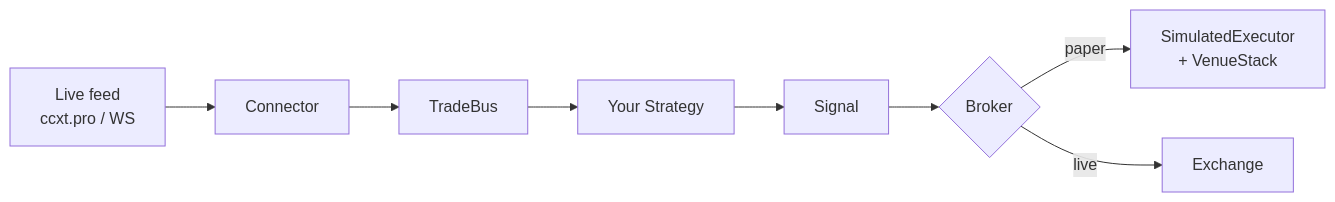
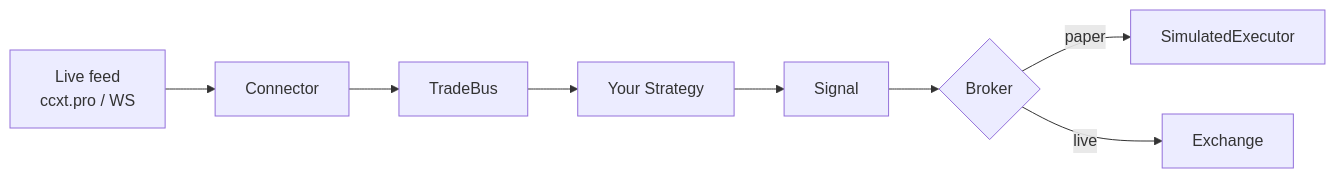
Before and after one commit to FLOX-Foundation/flox: the fourth of 4 diagrams in docs/explanation/integration-flow.md, drawn with Mermaid. The commit also changed other lines of this file and 200 other files, not shown here.

````diff
--- a/docs/explanation/integration-flow.md
+++ b/docs/explanation/integration-flow.md
@@ -340,10 +375,10 @@
 ```mermaid
 flowchart LR
     FEED[Live feed<br/>ccxt.pro / WS] --> CONN[Connector]
     CONN --> TB[TradeBus]
     TB --> STRAT[Your Strategy]
     STRAT --> SIG[Signal]
     SIG --> BR{Broker}
-    BR -->|paper| SIM[SimulatedExecutor<br/>+ VenueStack]
+    BR -->|paper| SIM[SimulatedExecutor]
     BR -->|live| EXCH[Exchange]
 ```
````
